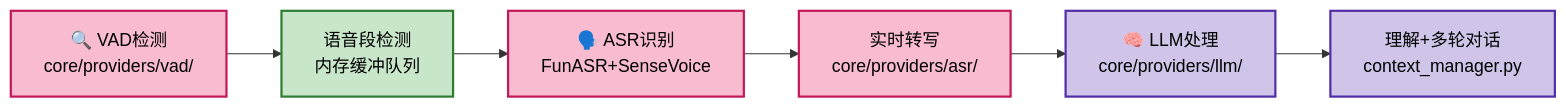
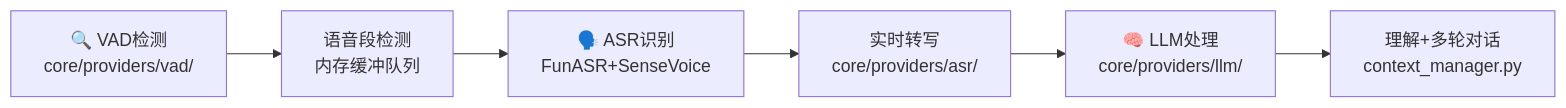
Before and after one commit to jihengzhang/xiaozhi-esp32-server: diagram 12 of 41 in 设计说明.md, drawn with Mermaid. The commit also changed other lines of this file and 37 other files, not shown here.

````diff
--- a/设计说明.md
+++ b/设计说明.md
@@ -1727,18 +2382,12 @@
 ```mermaid
 graph LR
     D1["🔍 VAD检测<br/>core/providers/vad/"]
     D2["语音段检测<br/>内存缓冲队列"]
     E1["🗣️ ASR识别<br/>FunASR+SenseVoice"]
     E2["实时转写<br/>core/providers/asr/"]
     F1["🧠 LLM处理<br/>core/providers/llm/"]
     F2["理解+多轮对话<br/>context_manager.py"]
     
     D1 --> D2 --> E1 --> E2 --> F1 --> F2
     
-    style D1 fill:#f8bbd0,stroke:#c2185b,stroke-width:2px,color:#000000
-    style D2 fill:#c8e6c9,stroke:#2e7d32,stroke-width:2px,color:#000000
-    style E1 fill:#f8bbd0,stroke:#c2185b,stroke-width:2px,color:#000000
-    style E2 fill:#f8bbd0,stroke:#c2185b,stroke-width:2px,color:#000000
-    style F1 fill:#d1c4e9,stroke:#512da8,stroke-width:2px,color:#000000
-    style F2 fill:#d1c4e9,stroke:#512da8,stroke-width:2px,color:#000000
 ```
````
